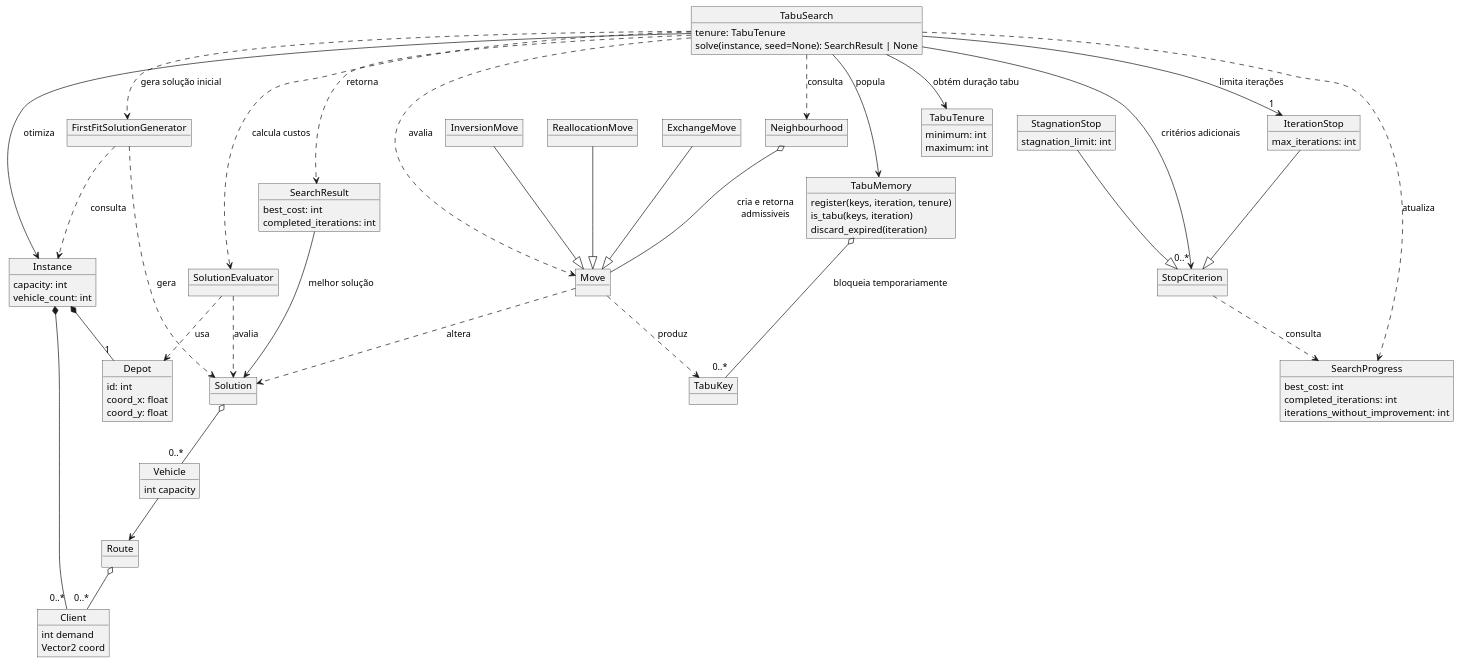
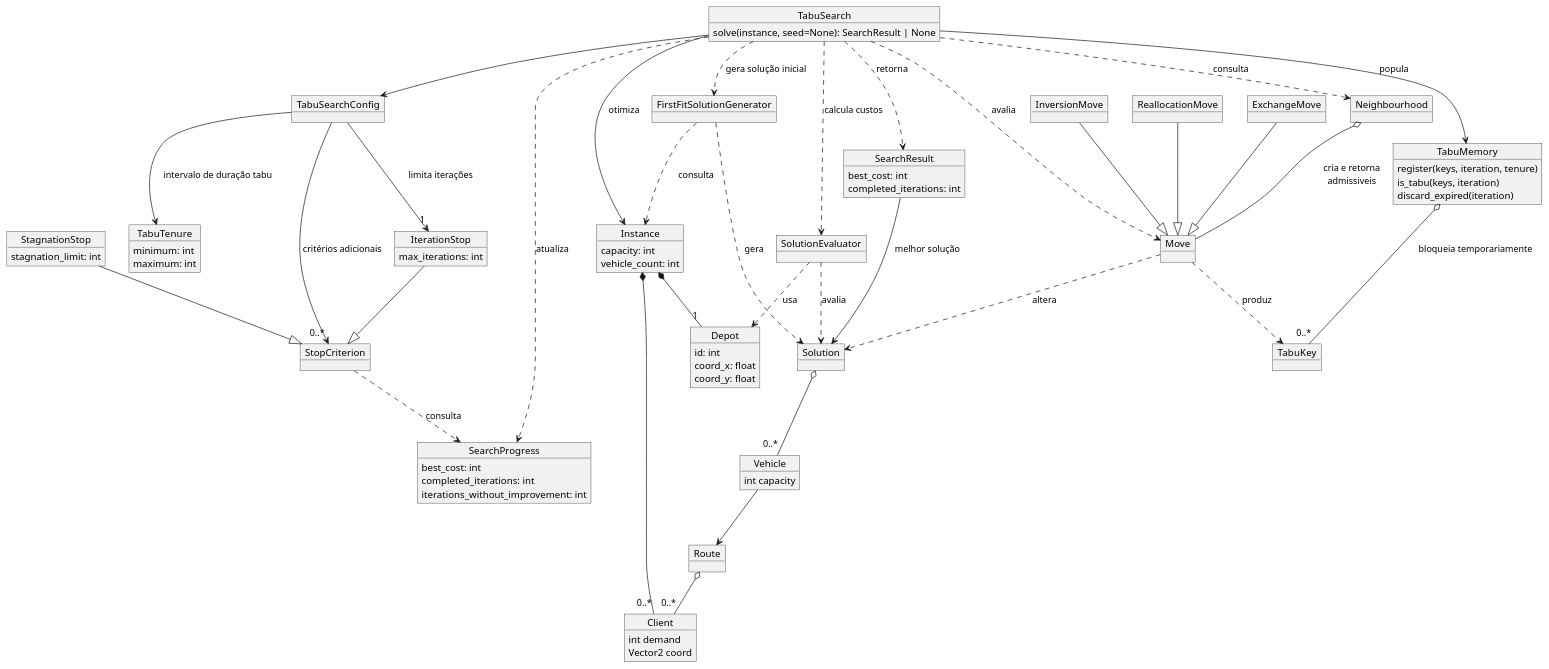
Before and after one commit to FelipePassarela/cvrp-tabu-search: the diagram in docs/tabu-search-domain-model.puml, drawn with PlantUML. The commit also changed 20 other files, not shown here.

First line of the commit message:
✨ feat(calibration): sample tabu search parameters with Optuna

```diff
--- a/docs/tabu-search-domain-model.puml
+++ b/docs/tabu-search-domain-model.puml
@@ -1,101 +1,102 @@
 @startuml
 
 object "TabuSearch" as tabu {
-    tenure: TabuTenure
     solve(instance, seed=None): SearchResult | None
 }
+object "TabuSearchConfig" as config
 object "SearchResult" as result {
     best_cost: int
     completed_iterations: int
 }
 object "Instance" as inst {
     capacity: int
     vehicle_count: int
 }
 
 object "Move" as move
 object "InversionMove" as invmo
 object "ReallocationMove" as remo
 object "ExchangeMove" as smove
 object "Neighbourhood" as neigh
 
 object "TabuMemory" as tlist {
     register(keys, iteration, tenure)
     is_tabu(keys, iteration)
     discard_expired(iteration)
 }
 object "TabuTenure" as tenure {
     minimum: int
     maximum: int
 }
 object "TabuKey" as tkey
 
 object "StopCriterion" as stop
 object "IterationStop" as istop {
     max_iterations: int
 }
 object "StagnationStop" as stagstop {
     stagnation_limit: int
 }
 object "SearchProgress" as progress {
     best_cost: int
     completed_iterations: int
     iterations_without_improvement: int
 }
 
 object "Client" as client {
     int demand
     Vector2 coord
 }
 object "Depot" as depot {
     id: int
     coord_x: float
     coord_y: float
 }
 object "Route" as rote
 object "Vehicle" as vehi {
     int capacity
 }
 
 object "Solution" as sol
 object "FirstFitSolutionGenerator" as solgen
 object "SolutionEvaluator" as eval
 
 inst *-- "0..*" client
 inst *-- "1" depot
 tabu --> inst : otimiza
+tabu --> config
 tabu ..> result : retorna
 result --> sol : melhor solução
 
 smove --|> move
 remo --|> move
 invmo --|> move
 move ..> sol : altera
 neigh o-- move : cria e retorna\nadmissiveis
 tabu ..> move : avalia
 tabu ..> neigh : consulta
 
 istop --|> stop
 stagstop --|> stop
 stop ..> progress : consulta
 tabu ..> progress : atualiza
-tabu --> "0..*" stop : critérios adicionais
-tabu --> "1" istop : limita iterações
+config --> "0..*" stop : critérios adicionais
+config --> "1" istop : limita iterações
 
 rote o-- "0..*" client
 vehi --> rote
 
 sol o-- "0..*" vehi
 solgen ..> sol : gera
 solgen ..> inst : consulta
 eval ..> sol : avalia
 eval ..> depot : usa
 tabu ..> solgen : gera solução inicial
 tabu ..> eval : calcula custos
 
 move ..> tkey : produz
 tlist o-- "0..*" tkey : bloqueia temporariamente
 tabu --> tlist : popula
-tabu --> tenure : obtém duração tabu
+config --> tenure : intervalo de duração tabu
 
 @enduml
```
